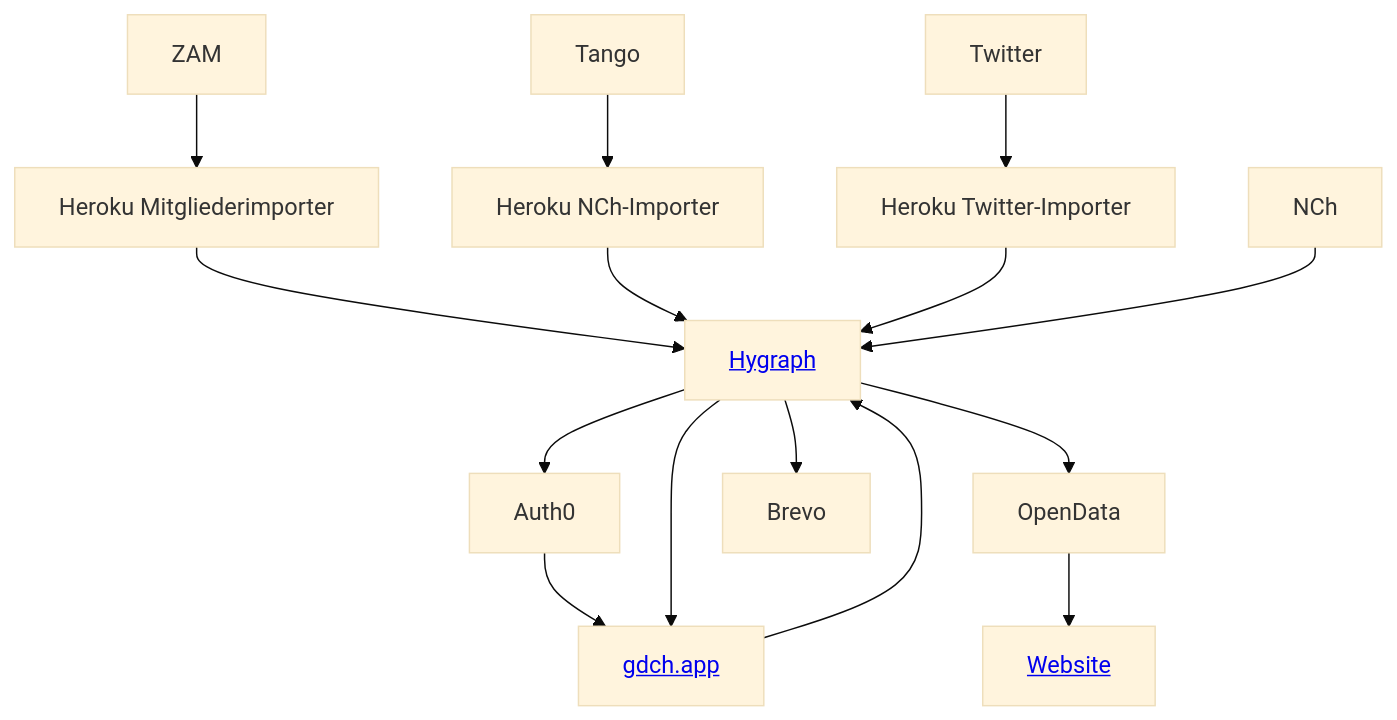
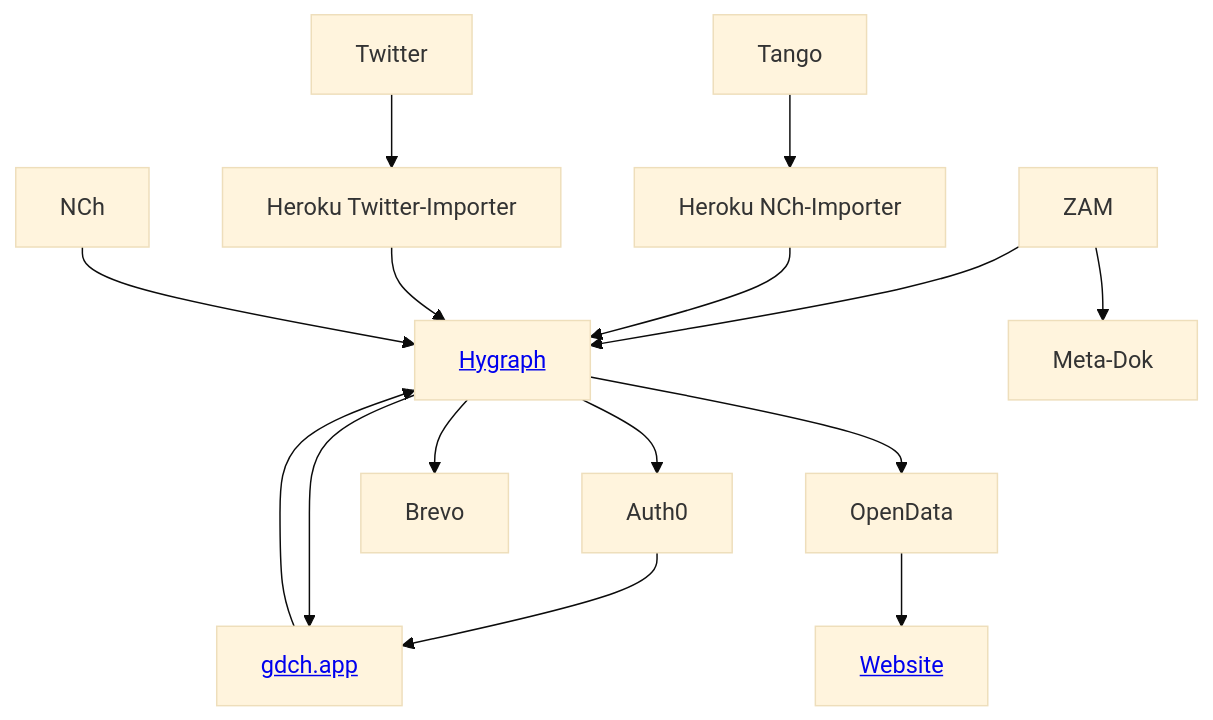
Before and after one commit to GDCh-de/docs: the diagram in infrastructure.md, drawn with Mermaid (base theme).

````diff
--- a/infrastructure.md
+++ b/infrastructure.md
@@ -3,9 +3,10 @@
 ```mermaid
 graph TD;
   Hygraph[<a href='/GDCh-de/docs/blob/main/hygraph.md'>Hygraph</a>] --> Auth0 --> App[<a href='https://gdch.app'>gdch.app</a>] --> Hygraph --> App;
-  ZAM --> Heroku1[Heroku Mitgliederimporter] --> Hygraph;
+  ZAM --> Meta-Dok
+  ZAM --> Hygraph;
   Tango --> Heroku2[Heroku NCh-Importer] --> Hygraph;
   Twitter --> Heroku3[Heroku Twitter-Importer] --> Hygraph;
   Hygraph --> OpenData --> Website[<a href='https://gdch.de'>Website</a>];
   NCh --> Hygraph --> Brevo
 ```
````
